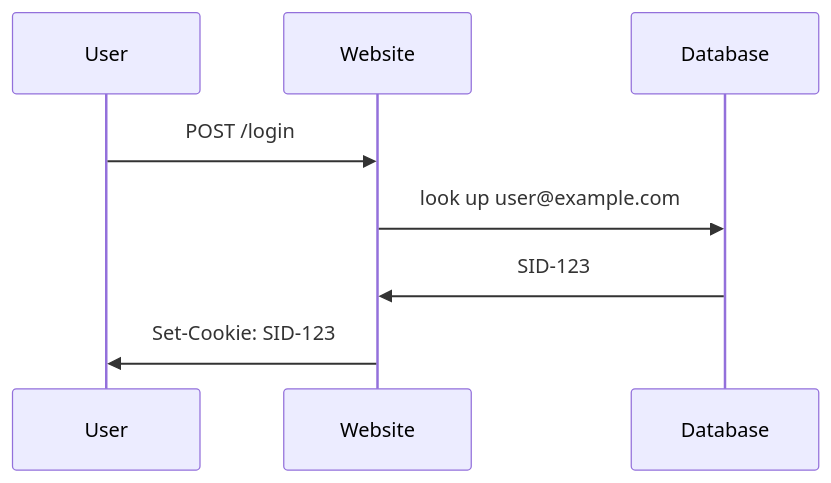
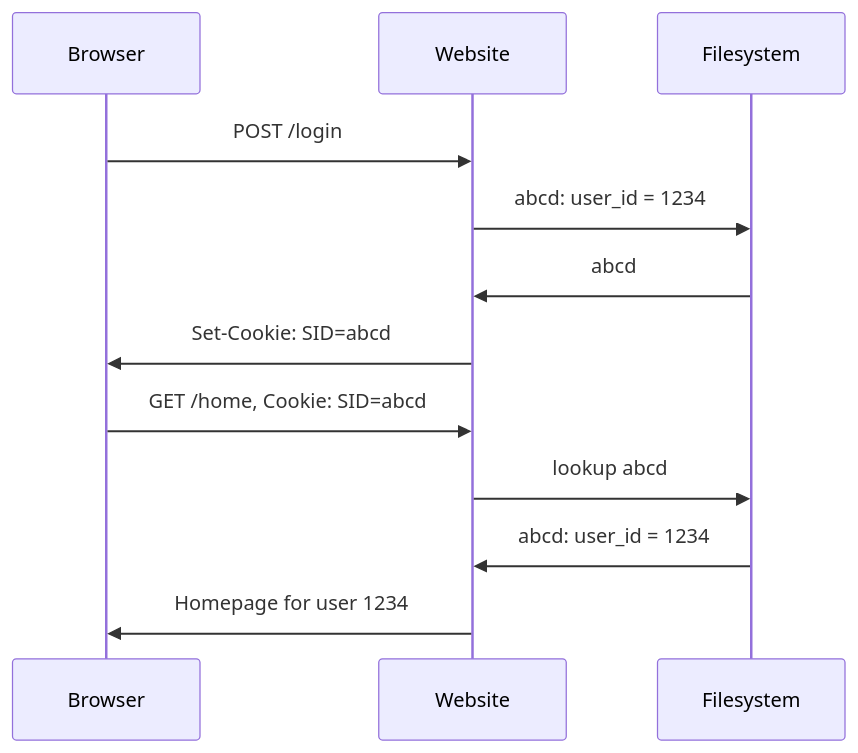
One commit to divarvel/auth-talk changed the diagram in assets/session-file.mmd. Above: the diagram before and after it, drawn with Mermaid. The commit also changed 4 other files, not shown here.

Commit message:
Improved diagrams

```diff
--- a/assets/session-file.mmd
+++ b/assets/session-file.mmd
@@ -1,8 +1,12 @@
 sequenceDiagram
-    participant User
+    participant Browser
     participant Website
-    participant Database
-    User->>Website: POST /login
-    Website->>Database: look up user@example.com
-    Database->>Website: SID-123
-    Website->>User: Set-Cookie: SID-123
+    participant Filesystem
+    Browser->>Website: POST /login
+    Website->>Filesystem: abcd: user_id = 1234
+    Filesystem->>Website: abcd
+    Website->>Browser: Set-Cookie: SID=abcd
+    Browser->>Website: GET /home, Cookie: SID=abcd
+    Website->>Filesystem: lookup abcd
+    Filesystem->>Website: abcd: user_id = 1234
+    Website->>Browser: Homepage for user 1234
```
